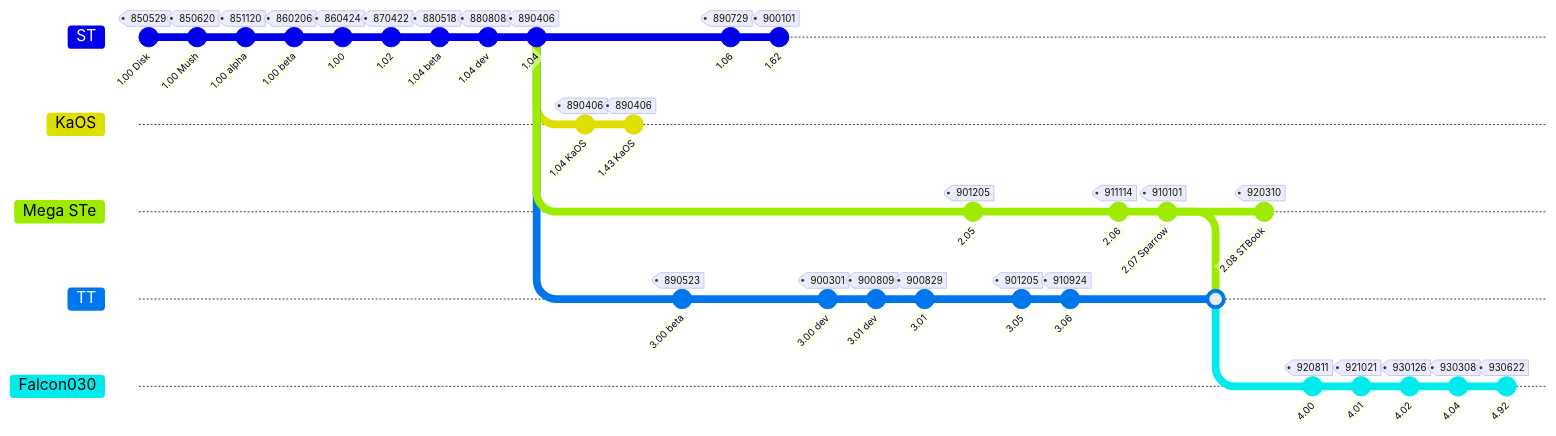
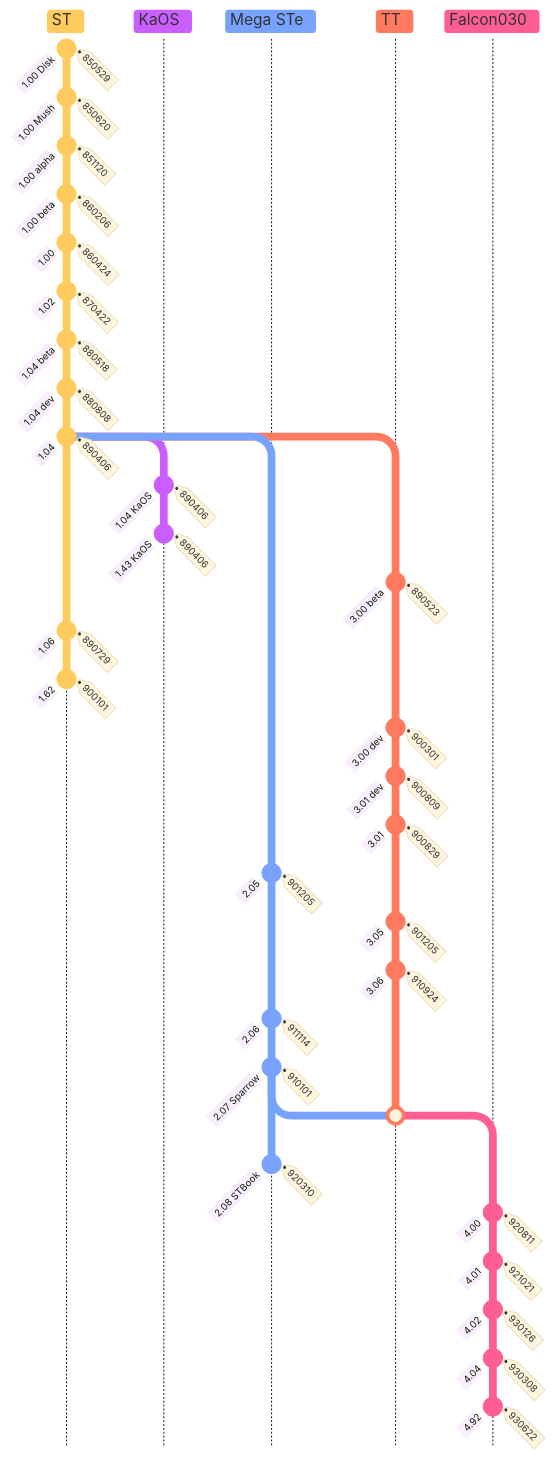
The diagram in ROMS/README.md (Kochise/atari-emu), drawn with Mermaid before and after one commit.

Commit message:
Update ROMS' README.md

````diff
--- a/ROMS/README.md
+++ b/ROMS/README.md
@@ -40,52 +40,52 @@
 ```mermaid
-%%{ init: { 'gitGraph': { 'mainBranchName': 'ST' }}}%%
-gitGraph
+%%{ init: { 'gitGraph': { 'mainBranchName': 'ST', 'rotateCommitLabel': true }, 'theme': 'base' }}%%
+gitGraph TB:
 	commit id: "1.00 Disk" tag: "850529"
 	commit id: "1.00 Mush" tag: "850620"
 	commit id: "1.00 alpha" tag: "851120"
 	commit id: "1.00 beta" tag: "860206"
 	commit id: "1.00" tag: "860424"
 	commit id: "1.02" tag: "870422"
 	commit id: "1.04 beta" tag: "880518"
 	commit id: "1.04 dev" tag: "880808"
 	commit id: "1.04" tag: "890406"
 	branch KaOS
 	checkout ST
 	branch "Mega STe"
 	checkout ST
 	branch TT
 	checkout ST
 	checkout KaOS
 	commit id: "1.04 KaOS" tag: "890406"
 	commit id: "1.43 KaOS" tag: "890406"
 	checkout ST
 	checkout TT
 	commit id: "3.00 beta" tag: "890523"
 	checkout ST
 	commit id: "1.06" tag: "890729"
 	commit id: "1.62" tag: "900101"
 	checkout TT
 	commit id: "3.00 dev" tag: "900301"
 	commit id: "3.01 dev" tag: "900809"
 	commit id: "3.01" tag: "900829"
 	checkout ST
 	checkout "Mega STe"
 	commit id: "2.05" tag: "901205"
 	checkout TT
 	commit id: "3.05" tag: "901205"
 	commit id: "3.06" tag: "910924"
 	checkout "Mega STe"
 	commit id: "2.06" tag: "911114"
 	commit id: "2.07 Sparrow" tag: "910101"
 	checkout TT
 	merge "Mega STe"
 	branch Falcon030
 	checkout "Mega STe"
 	commit id: "2.08 STBook" tag: "920310"
 	checkout Falcon030
 	commit id: "4.00" tag: "920811"
 	commit id: "4.01" tag: "921021"
 	commit id: "4.02" tag: "930126"
 	commit id: "4.04" tag: "930308"
 	commit id: "4.92" tag: "930622"
 ```
````
